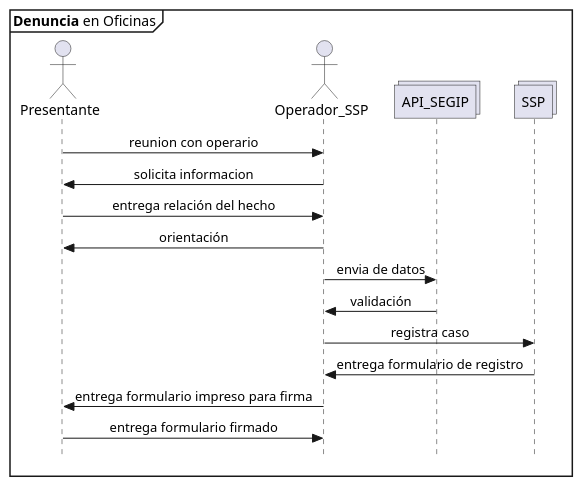
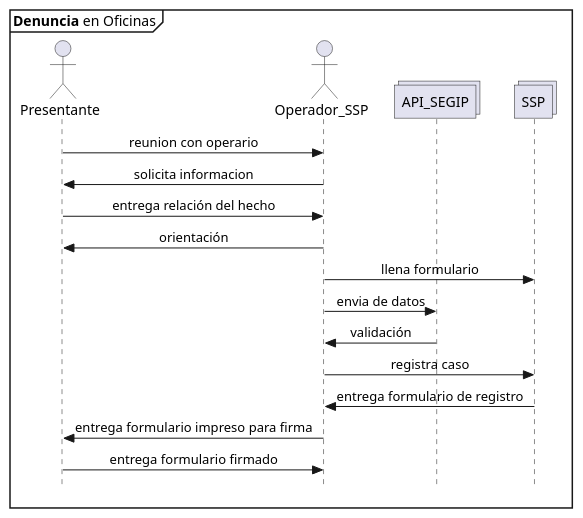
Before and after one commit to n1m0d0/defdiag: the diagram in propuesta SSP/05 denuncia en oficinas.plantuml, drawn with PlantUML. The commit also changed 14 other files, not shown here.

Commit message:
ajustes a los diagramas

```diff
--- a/propuesta SSP/05 denuncia en oficinas.plantuml
+++ b/propuesta SSP/05 denuncia en oficinas.plantuml
@@ -1,23 +1,24 @@
 @startuml Denuncia_Oficinas
 skinparam Style strictuml
 skinparam SequenceMessageAlignment center
 
 mainframe **Denuncia** en Oficinas
 
 actor Presentante as pre
 actor Operador_SSP as opssp
 collections API_SEGIP as segip
 collections SSP 
 
 pre -> opssp : reunion con operario
 opssp -> pre : solicita informacion
 pre -> opssp : entrega relación del hecho
 opssp -> pre : orientación
+opssp -> SSP : llena formulario
 opssp -> segip : envia de datos
 segip -> opssp : validación 
 opssp -> SSP : registra caso
 SSP->opssp: entrega formulario de registro
 opssp->pre: entrega formulario impreso para firma
 pre->opssp: entrega formulario firmado
 
 @enduml
```
